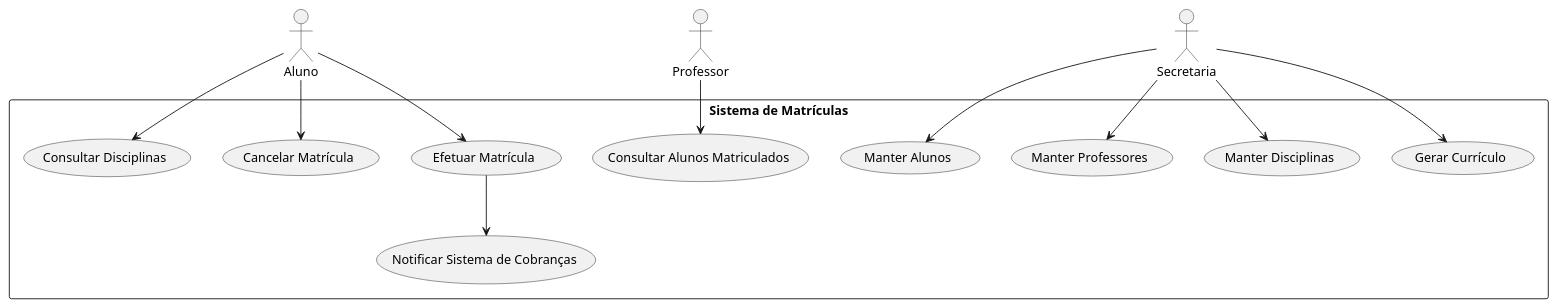
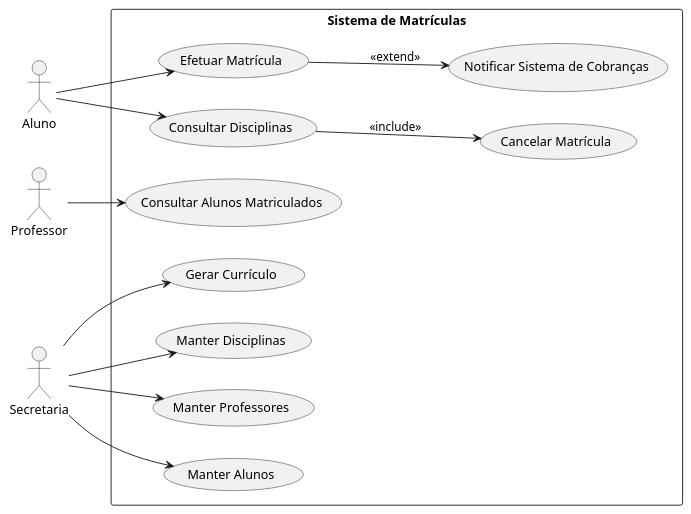
The diagram in projeto/diagrama_caso_de_uso.plantuml (rubensm33/laboratorio_desenvolvimento_software), drawn with PlantUML before and after one commit. The commit also changed 1 other file, not shown here.

```diff
--- a/projeto/diagrama_caso_de_uso.plantuml
+++ b/projeto/diagrama_caso_de_uso.plantuml
@@ -1,32 +1,34 @@
 @startuml
+left to right direction
+
 actor "Aluno" as Aluno
 actor "Professor" as Professor
 actor "Secretaria" as Secretaria
 
 rectangle "Sistema de Matrículas" {
     usecase "Efetuar Matrícula" as EfetuarMatricula
     usecase "Cancelar Matrícula" as CancelarMatricula
     usecase "Consultar Disciplinas" as ConsultarDisciplinas
     usecase "Gerar Currículo" as GerarCurriculo
     usecase "Manter Disciplinas" as ManterDisciplinas
     usecase "Manter Professores" as ManterProfessores
     usecase "Manter Alunos" as ManterAlunos
     usecase "Notificar Sistema de Cobranças" as NotificarSistemaDeCobrancas
     usecase "Consultar Alunos Matriculados" as ConsultarAlunosMatriculados
 }
 
 Aluno --> EfetuarMatricula
-Aluno --> CancelarMatricula
 Aluno --> ConsultarDisciplinas
 
 Professor --> ConsultarAlunosMatriculados
 
 Secretaria --> GerarCurriculo
 Secretaria --> ManterDisciplinas
 Secretaria --> ManterProfessores
 Secretaria --> ManterAlunos
 
-EfetuarMatricula --> NotificarSistemaDeCobrancas
+EfetuarMatricula --> NotificarSistemaDeCobrancas : <<extend>>
 
+ConsultarDisciplinas -down-> CancelarMatricula : <<include>>
 
 @enduml
```
